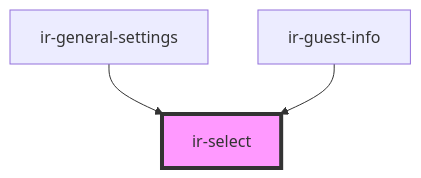
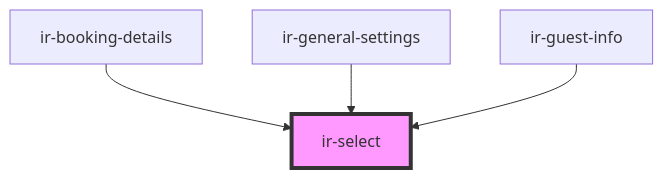
One commit to freddynasr/ir-webcmp changed the diagram in src/components/ir-select/readme.md. Above: the diagram before and after it, drawn with Mermaid. The commit also changed other lines of this file and 9 other files, not shown here.

Commit message:
first booking details commit

````diff
--- a/src/components/ir-select/readme.md
+++ b/src/components/ir-select/readme.md
@@ -45,6 +46,7 @@
 ```mermaid
 graph TD;
+  ir-booking-details --> ir-select
   ir-general-settings --> ir-select
   ir-guest-info --> ir-select
   style ir-select fill:#f9f,stroke:#333,stroke-width:4px
 ```
````
